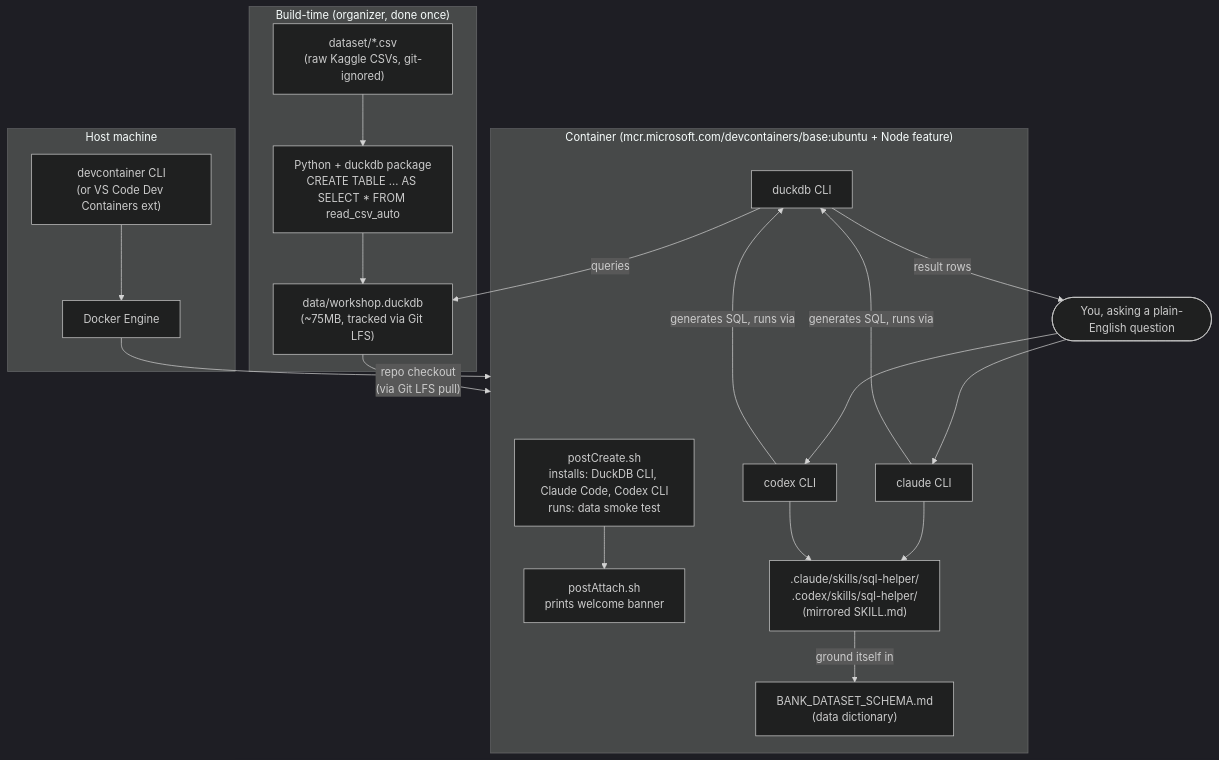
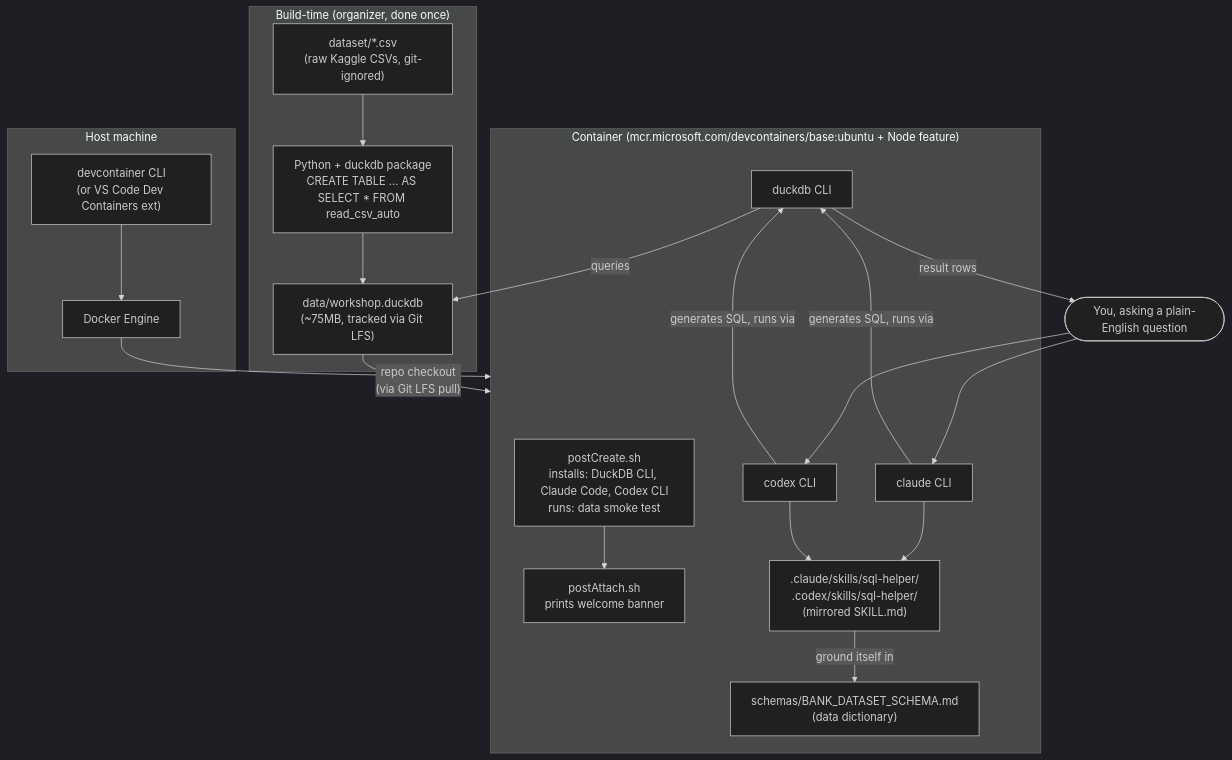
One commit to QuanPham99/CB_Txt2Sql changed the diagram in docs/setup/Iteration_0_LocalTesting.md. Above: the diagram before and after it, drawn with Mermaid (dark theme). The commit also changed other lines of this file and 15 other files, not shown here.

````diff
--- a/docs/setup/Iteration_0_LocalTesting.md
+++ b/docs/setup/Iteration_0_LocalTesting.md
@@ -9,39 +9,39 @@
 ```mermaid
 flowchart TB
     subgraph build["Build-time (organizer, done once)"]
         csv["dataset/*.csv\n(raw Kaggle CSVs, git-ignored)"]
         script["Python + duckdb package\nCREATE TABLE ... AS SELECT * FROM read_csv_auto"]
         db["data/workshop.duckdb\n(~75MB, tracked via Git LFS)"]
         csv --> script --> db
     end
 
     subgraph host["Host machine"]
         docker["Docker Engine"]
         cli["devcontainer CLI\n(or VS Code Dev Containers ext)"]
         cli --> docker
     end
 
     subgraph container["Container (mcr.microsoft.com/devcontainers/base:ubuntu + Node feature)"]
         postcreate["postCreate.sh\ninstalls: DuckDB CLI, Claude Code, Codex CLI\nruns: data smoke test"]
         postattach["postAttach.sh\nprints welcome banner"]
         duckcli["duckdb CLI"]
         claude["claude CLI"]
         codex["codex CLI"]
         skills[".claude/skills/sql-helper/\n.codex/skills/sql-helper/\n(mirrored SKILL.md)"]
-        schema["BANK_DATASET_SCHEMA.md\n(data dictionary)"]
+        schema["schemas/BANK_DATASET_SCHEMA.md\n(data dictionary)"]
         postcreate --> postattach
     end
 
     db -->|"repo checkout\n(via Git LFS pull)"| container
     docker --> container
     claude --> skills
     codex --> skills
     skills -->|"ground itself in"| schema
     claude -->|"generates SQL, runs via"| duckcli
     codex -->|"generates SQL, runs via"| duckcli
     duckcli -->|"queries"| db
 
     user(["You, asking a plain-English question"]) --> claude
     user --> codex
     duckcli -->|"result rows"| user
 ```
````
